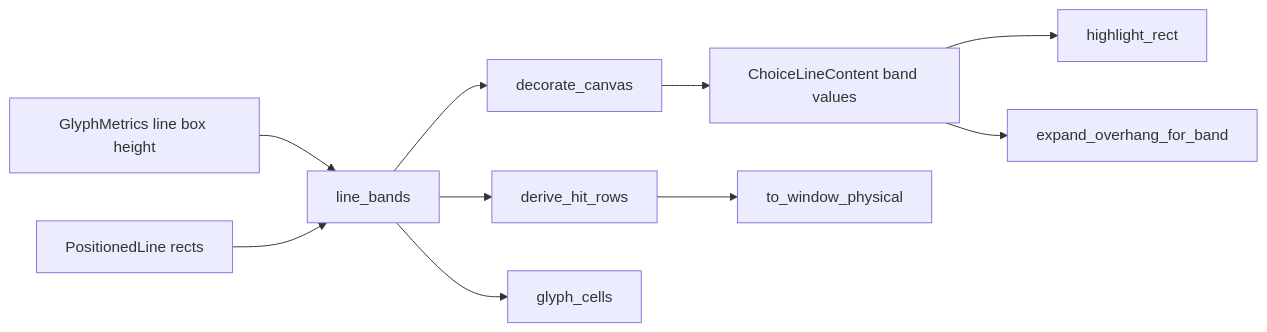
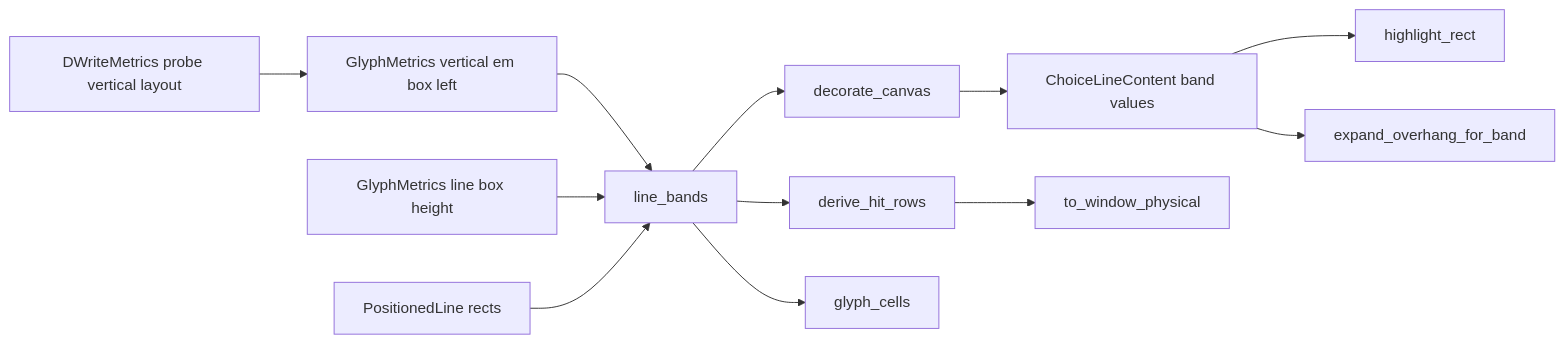
One commit to ekicyou/areka changed the first of 2 diagrams in .kiro/specs/vertical-choice-hover-band/design.md. Above: the diagram before and after it, drawn with Mermaid. The commit also changed other lines of this file and 4 other files, not shown here.

````diff
--- a/.kiro/specs/vertical-choice-hover-band/design.md
+++ b/.kiro/specs/vertical-choice-hover-band/design.md
@@ -71,12 +77,14 @@
 ```mermaid
 graph LR
-    Metrics[GlyphMetrics line box height] --> LineBands[line_bands]
+    DWrite[DWriteMetrics probe vertical layout] --> EmBox[GlyphMetrics vertical em box left]
+    EmBox --> LineBands[line_bands]
+    Metrics[GlyphMetrics line box height] --> LineBands
     Lines[PositionedLine rects] --> LineBands
     LineBands --> Decorate[decorate_canvas]
     LineBands --> HitRows[derive_hit_rows]
     LineBands --> Cells[glyph_cells]
     Decorate --> Resident[ChoiceLineContent band values]
     Resident --> Paint[highlight_rect]
     Resident --> Dirty[expand_overhang_for_band]
     HitRows --> Physical[to_window_physical]
 ```
````
